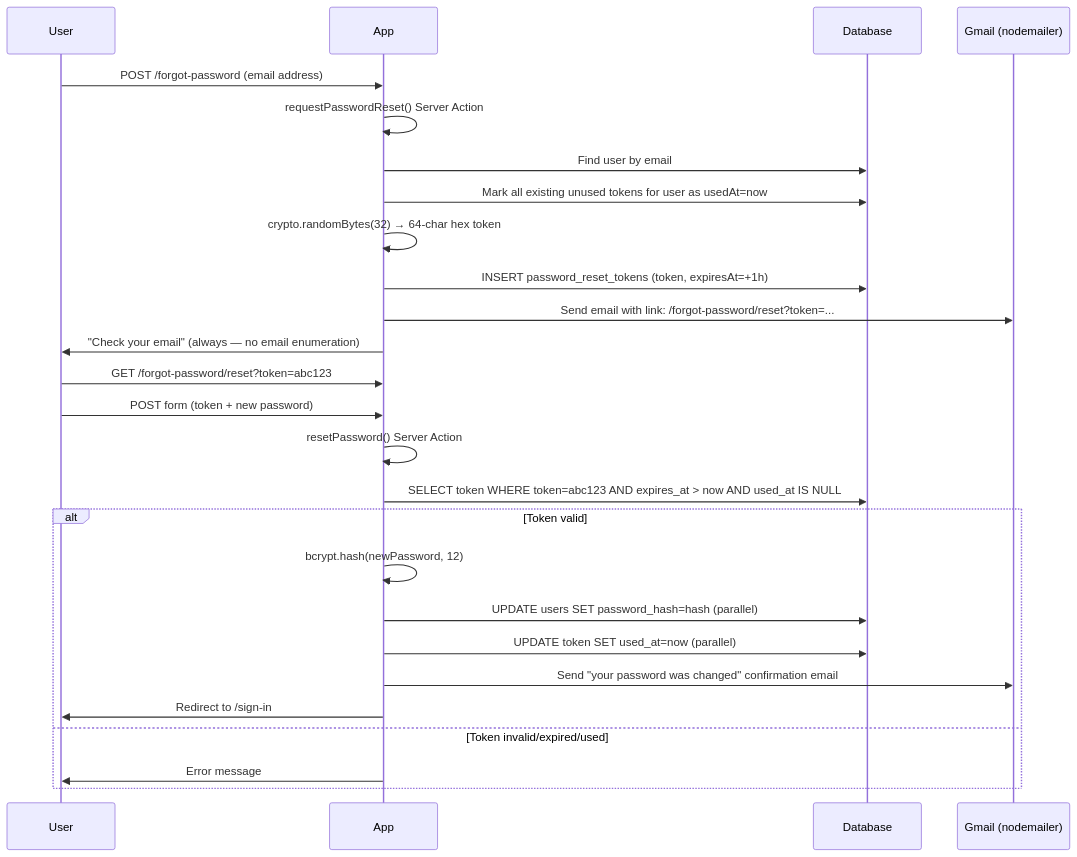
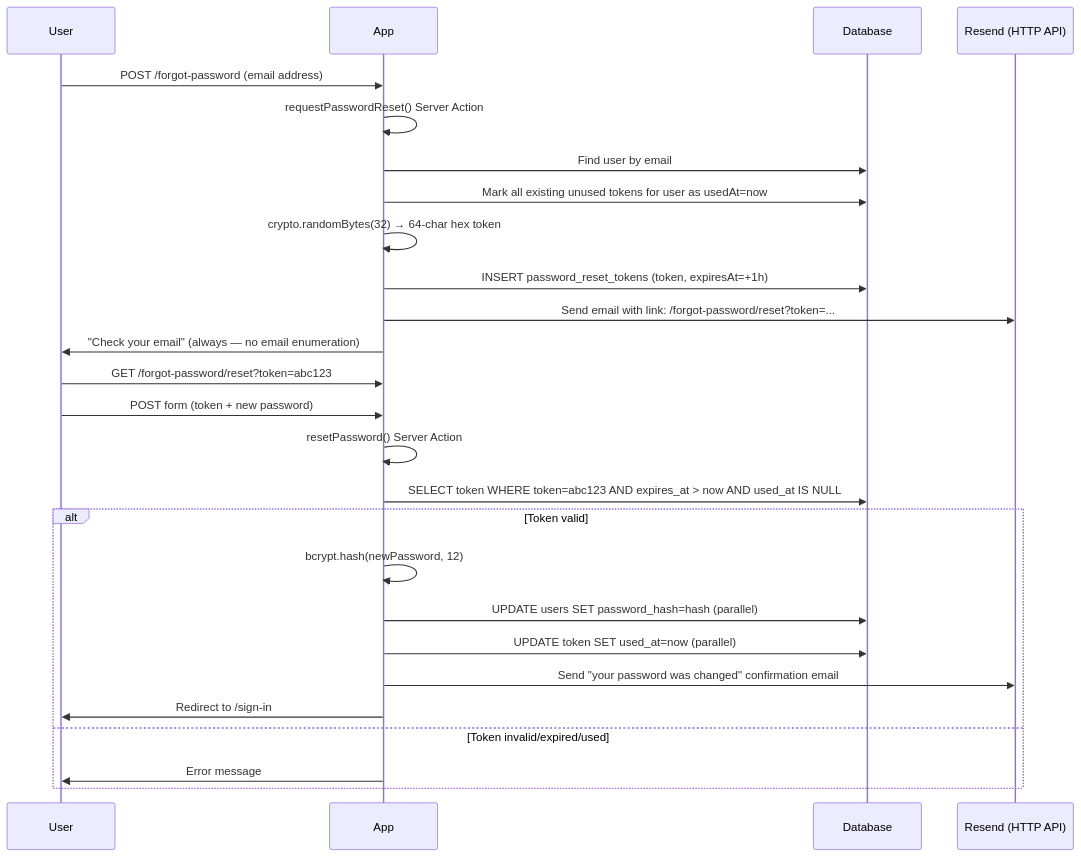
The third of 3 diagrams in architecture/04-authentication.md (edgarfrancisco2022/turtleiq), drawn with Mermaid before and after one commit. The commit also changed 5 other files, not shown here.

````diff
--- a/architecture/04-authentication.md
+++ b/architecture/04-authentication.md
@@ -318,30 +318,30 @@
 ```mermaid
 sequenceDiagram
     participant User
     participant App
     participant DB as Database
-    participant Email as Gmail (nodemailer)
+    participant Email as Resend (HTTP API)
 
     User->>App: POST /forgot-password (email address)
     App->>App: requestPasswordReset() Server Action
     App->>DB: Find user by email
     App->>DB: Mark all existing unused tokens for user as usedAt=now
     App->>App: crypto.randomBytes(32) → 64-char hex token
     App->>DB: INSERT password_reset_tokens (token, expiresAt=+1h)
     App->>Email: Send email with link: /forgot-password/reset?token=...
     App->>User: "Check your email" (always — no email enumeration)
 
     User->>App: GET /forgot-password/reset?token=abc123
     User->>App: POST form (token + new password)
     App->>App: resetPassword() Server Action
     App->>DB: SELECT token WHERE token=abc123 AND expires_at > now AND used_at IS NULL
     alt Token valid
         App->>App: bcrypt.hash(newPassword, 12)
         App->>DB: UPDATE users SET password_hash=hash (parallel)
         App->>DB: UPDATE token SET used_at=now (parallel)
         App->>Email: Send "your password was changed" confirmation email
         App->>User: Redirect to /sign-in
     else Token invalid/expired/used
         App->>User: Error message
     end
 ```
````
